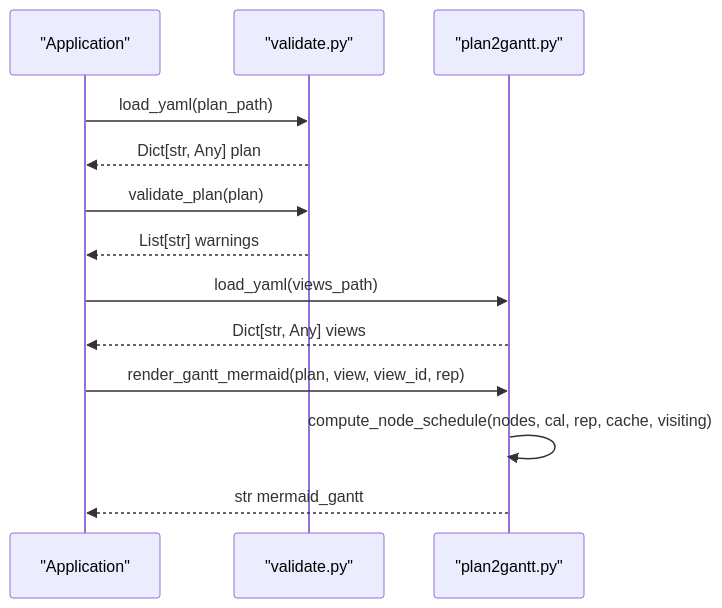
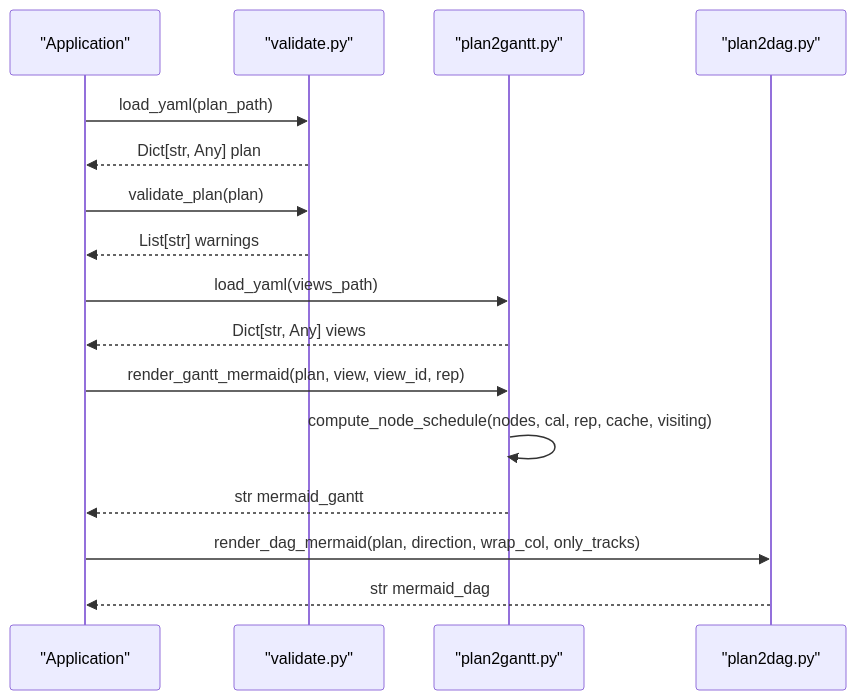
One commit to asukhodko/opskarta changed the second of 7 diagrams in .qoder/repowiki/en/content/Tooling and Utilities/Python API Reference.md. Above: the diagram before and after it, drawn with Mermaid. The commit also changed other lines of this file and 7 other files, not shown here.

````diff
--- a/.qoder/repowiki/en/content/Tooling and Utilities/Python API Reference.md
+++ b/.qoder/repowiki/en/content/Tooling and Utilities/Python API Reference.md
@@ -111,15 +121,18 @@
 ```mermaid
 sequenceDiagram
 participant App as "Application"
 participant Val as "validate.py"
-participant Ren as "plan2gantt.py"
+participant RenGantt as "plan2gantt.py"
+participant RenDag as "plan2dag.py"
 App->>Val : load_yaml(plan_path)
 Val-->>App : Dict[str, Any] plan
 App->>Val : validate_plan(plan)
 Val-->>App : List[str] warnings
-App->>Ren : load_yaml(views_path)
-Ren-->>App : Dict[str, Any] views
-App->>Ren : render_gantt_mermaid(plan, view, view_id, rep)
-Ren->>Ren : compute_node_schedule(nodes, cal, rep, cache, visiting)
-Ren-->>App : str mermaid_gantt
+App->>RenGantt : load_yaml(views_path)
+RenGantt-->>App : Dict[str, Any] views
+App->>RenGantt : render_gantt_mermaid(plan, view, view_id, rep)
+RenGantt->>RenGantt : compute_node_schedule(nodes, cal, rep, cache, visiting)
+RenGantt-->>App : str mermaid_gantt
+App->>RenDag : render_dag_mermaid(plan, direction, wrap_col, only_tracks)
+RenDag-->>App : str mermaid_dag
 ```
````
